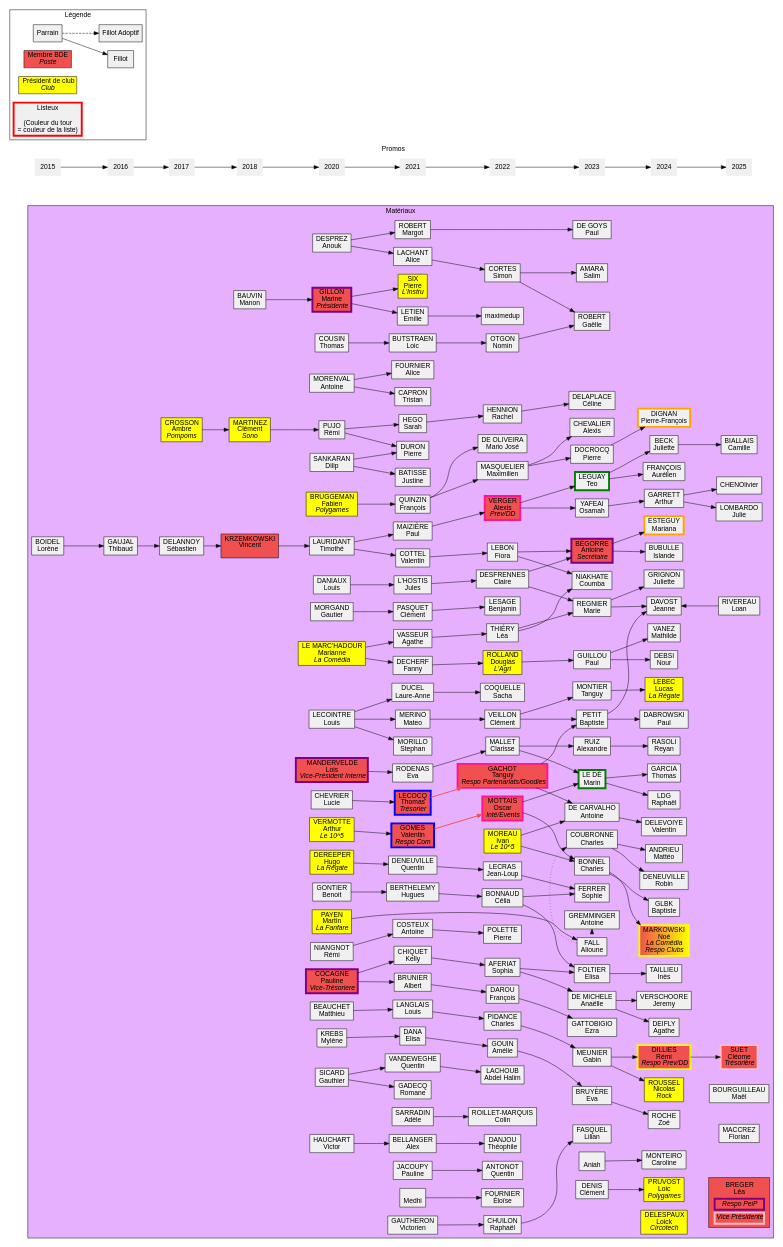
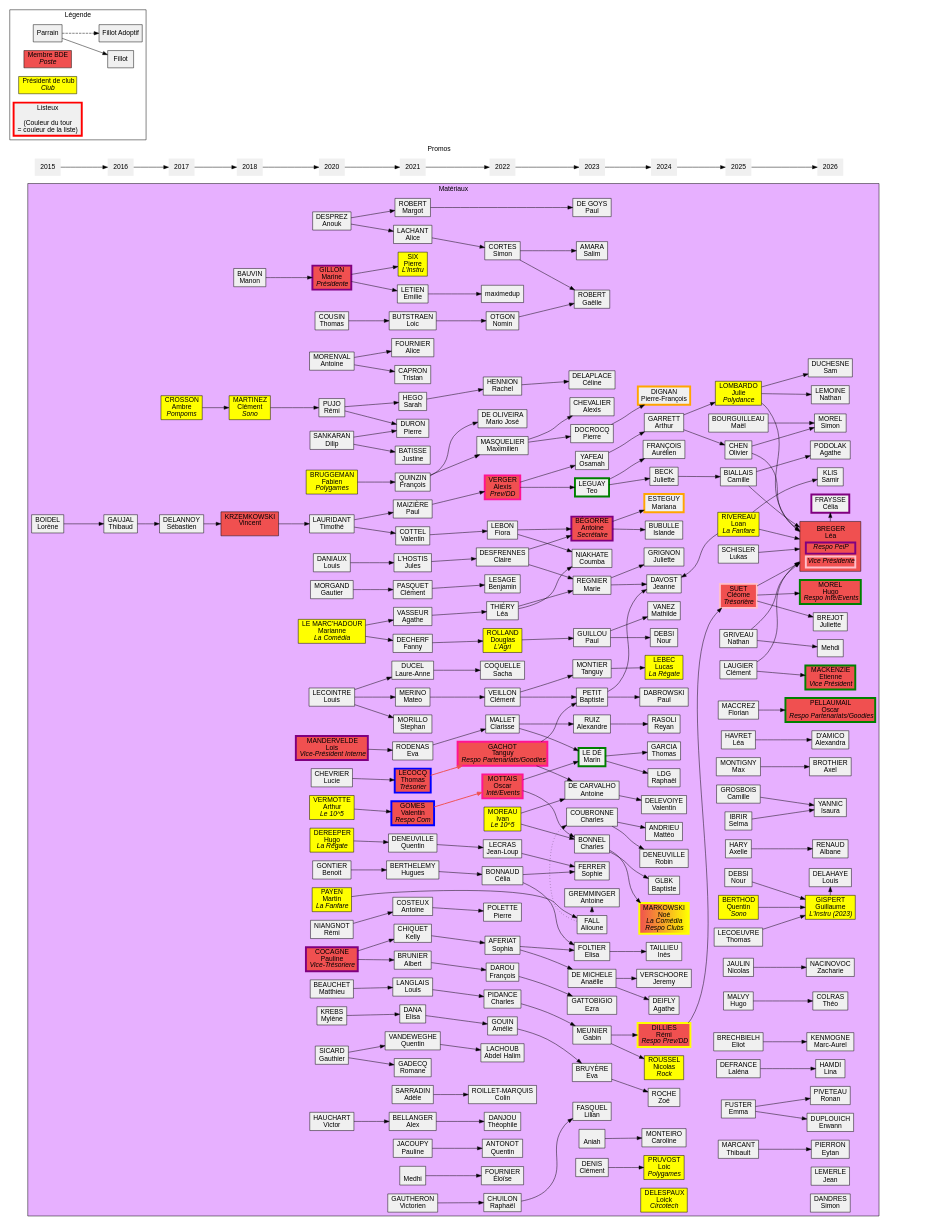
One commit to Scruchet/poly_gen changed the diagram in mat.dot. Above: the diagram before and after it, drawn with Graphviz. The commit also changed 1 other file, not shown here.

```diff
--- a/mat.dot
+++ b/mat.dot
@@ -20,7 +20,7 @@
 		color = none;
 		node [shape = none];
 
-		"2015" -> "2016" -> "2017" -> "2018" -> "2020" -> "2021" -> "2022" -> "2023" -> "2024" -> "2025";
+		"2015" -> "2016" -> "2017" -> "2018" -> "2020" -> "2021" -> "2022" -> "2023" -> "2024" -> "2025" -> "2026";
 	}
 		subgraph cluster_legende {
 		label = "Légende";
@@ -382,27 +382,112 @@
 		teoleg -> aurelienfran;
 		teoleg -> camillebec;
 		{ rank = "same";
-            camillebia [label = "BIALLAIS\nCamille"];
-            maelbourg  [label = "BOURGUILLEAU\nMaël"];
-            cleomesuet [label = <SUET<BR/>Cléome<BR/><I>Trésorière</I>> fillcolor="#f05050" penwidth=4 color="pink"];
-            julielomb  [label = "LOMBARDO\nJulie"];
-            florianma  [label = "MACCREZ\nFlorian"];
-            leabreger  [label = <<table border="0">
-							<tr><td border="0">BREGER<BR/>Léa</td></tr>
-							<tr><td border="4" color="purple"><I>Respo PeiP</I></td></tr>
-							<tr><td border="4" color="pink"><I>Vice Présidente</I></td></tr>
-						</table>> fillcolor="#f05050"];
-            loanrivere [label = "RIVEREAU\nLoan"];
-            olivierch  [label = "CHEN\Olivier"];
+            camillebia 	[label = "BIALLAIS\nCamille"];
+            maelbourg  	[label = "BOURGUILLEAU\nMaël"];
+            cleomesuet 	[label = <SUET<BR/>Cléome<BR/><I>Trésorière</I>> fillcolor="#f05050" penwidth=4 color="pink"];
+            julielomb  	[label = <LOMBARDO<BR/>Julie<BR/><I>Polydance</I>> fillcolor="yellow"];
+            florianma  	[label = "MACCREZ\nFlorian"];
+            loanrivere 	[label = <RIVEREAU<BR/>Loan<BR/><I>La Fanfare</I>> fillcolor="yellow"];
+            olivierch  	[label = "CHEN\nOlivier"];
+            lhavret		[label = "HAVRET\nLéa"];
+            mmontigny	[label = "MONTIGNY\nMax"];
+            sibrir		[label = "IBRIR\nSelma"];
+            cgrosbois	[label = "GROSBOIS\nCamille"];
+            qberthod	[label = <BERTHOD<BR/>Quentin<BR/><I>Sono</I>> fillcolor="yellow"];
+            ngriveau	[label = "GRIVEAU\nNathan"];
+            ahary		[label = "HARY\nAxelle"];
+            tlecoeuvre	[label = "LECOEUVRE\nThomas"];
+            njaulin		[label = "JAULIN\nNicolas"];
+            hmalvy		[label = "MALVY\nHugo"];
+            ebrechbielh	[label = "BRECHBIELH\nEliot"];
+            ldefrance	[label = "DEFRANCE\nLaléna"];
+            efuster		[label = "FUSTER\nEmma"];
+            claugier	[label = "LAUGIER\nClément"];
+            tmarcant	[label = "MARCANT\nThibault"];
+            ndebsi		[label = "DEBSI\nNour"];
+            lschisler	[label = "SCHISLER\nLukas"];
+
 		}
 		remidilli -> cleomesuet;
 		camillebec -> camillebia;
 		arthurgarr -> julielomb;
 		arthurgarr -> olivierch;
 		loanrivere -> jeannedav;
+
+		{ rank = "same";
+			leabreger  	[label = <<table border="0">
+				<tr><td border="0">BREGER<BR/>Léa</td></tr>
+				<tr><td border="4" color="purple"><I>Respo PeiP</I></td></tr>
+				<tr><td border="4" color="pink"><I>Vice Présidente</I></td></tr>
+			</table>> fillcolor="#f05050"];
+			hmorel		[label = <MOREL<BR/>Hugo<BR/><I>Respo Inté/Events</I>> fillcolor="#f05050" penwidth=4 color="green"];
+			jbrejot		[label = "BREJOT\nJuliette"];
+			nlemoine	[label = "LEMOINE\nNathan"];
+			sduchesne	[label = "DUCHESNE\nSam"];
+			cfraysse	[label = "FRAYSSE\nCélia" penwidth=4 color="purple"];
+			aamico		[label = "D'AMICO\nAlexandra"];
+			opellaumail	[label = <PELLAUMAIL<BR/>Oscar<BR/><I>Respo Partenariats/Goodies</I>> fillcolor="#f05050" penwidth=4 color="green"];
+			jlemerle	[label = "LEMERLE\nJean"];
+			abrothier	[label = "BROTHIER\nAxel"];
+			iyannic		[label = "YANNIC\nIsaura"];
+			sklis		[label = "KLIS\nSamir"];
+			ggispert	[label = <GISPERT<BR/>Guillaume<BR/><I>L'Instru (2023)</I>> fillcolor="yellow"];
+			apodolak	[label = "PODOLAK\nAgathe"];
+			mehdi		[label = "Mehdi"];
+			arenaud		[label = "RENAUD\nAlbane"];
+			smorel		[label = "MOREL\nSimon"];
+			znacinovic	[label = "NACINOVOC\nZacharie"];
+			sdandres	[label = "DANDRES\nSimon"];
+			tcolras		[label = "COLRAS\nThéo"];
+			ldelahaye	[label = "DELAHAYE\nLouis"];
+			mkenmogne	[label = "KENMOGNE\nMarc-Aurel"];
+			lhamdi		[label = "HAMDI\nLina"];
+			eduplouich	[label = "DUPLOUICH\nErwann"];
+			rpiveteau	[label = "PIVETEAU\nRonan"];
+			emackenzie	[label = <MACKENZIE<BR/>Etienne<BR/><I>Vice Président</I>> fillcolor="#f05050" penwidth=4 color="green"];
+			epierron	[label = "PIERRON\nEytan"];
+		}
+		cleomesuet	-> hmorel;
+		cleomesuet	-> jbrejot;
+		julielomb	-> nlemoine;
+		julielomb	-> sduchesne;
+		leabreger	-> cfraysse;
+		lhavret 	-> aamico;
+		florianma	-> opellaumail;
+		mmontigny	-> abrothier;
+		sibrir		-> iyannic;
+		cgrosbois	-> iyannic;
+		loanrivere	-> sklis;
+		qberthod	-> ggispert;
+		camillebia	-> apodolak;
+		ngriveau	-> mehdi;
+		ahary		-> arenaud;
+		olivierch	-> smorel;
+		maelbourg	-> smorel;
+		tlecoeuvre	-> ggispert; //Autres redoublants ?
+		// tlecoeuvre -> redoublants sauf leabreger
+		njaulin		-> znacinovic;
+		hmalvy		-> tcolras;
+		ggispert	-> ldelahaye;
+		ebrechbielh -> mkenmogne;
+		ldefrance	-> lhamdi;
+		efuster		-> eduplouich;
+		efuster		-> rpiveteau;
+		claugier	-> emackenzie;
+		tmarcant	-> epierron;
+		ndebsi		-> ggispert;
+		lschisler	-> leabreger;
+		loanrivere	-> leabreger;
+		cleomesuet	-> leabreger;
+		ngriveau	-> leabreger;
+		olivierch	-> leabreger;
+		camillebia	-> leabreger;
+		julielomb	-> leabreger;
+		claugier	-> leabreger;
+
 	}
 	endnode [style=invis];
 
-	camillebec -> endnode [style=invis];
-	"2024" -> endnode [style=invis];
+	apodolak -> endnode [style=invis];
+	"2026" -> endnode [style=invis];
 }
```
